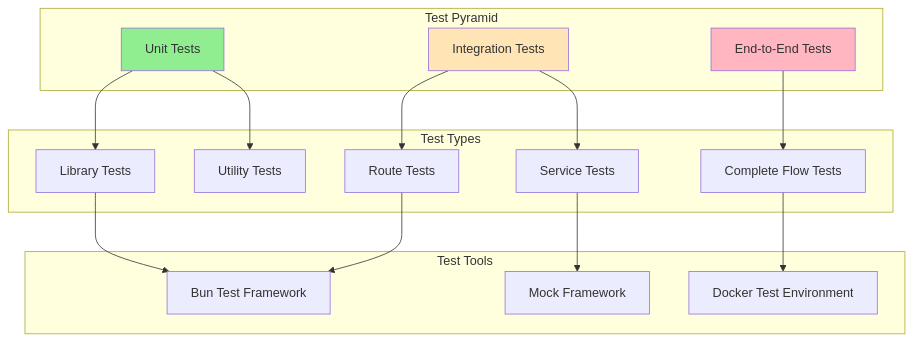
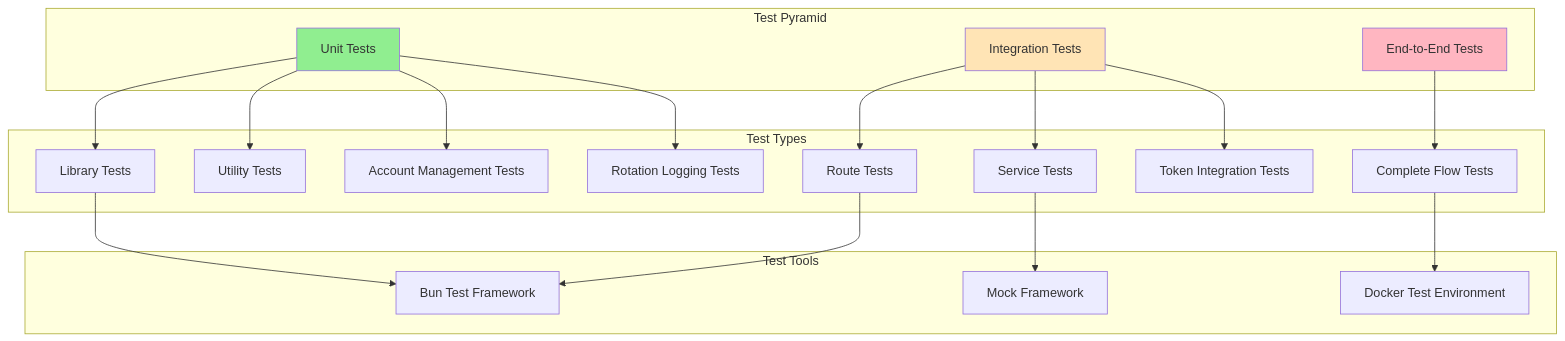
Before and after one commit to ekartashov/copilot-api: the sixth of 6 diagrams in docs/architecture.md, drawn with Mermaid. The commit also changed other lines of this file and 8 other files, not shown here.

````diff
--- a/docs/architecture.md
+++ b/docs/architecture.md
@@ -545,27 +737,30 @@
 ```mermaid
 graph TD
     subgraph "Test Pyramid"
         E2E[End-to-End Tests]
         Integration[Integration Tests]
         Unit[Unit Tests]
     end
 
     subgraph "Test Types"
         Unit --> LibTests[Library Tests]
         Unit --> UtilTests[Utility Tests]
+        Unit --> AccountTests[Account Management Tests]
+        Unit --> RotationTests[Rotation Logging Tests]
         Integration --> RouteTests[Route Tests]
         Integration --> ServiceTests[Service Tests]
+        Integration --> TokenTests[Token Integration Tests]
         E2E --> FlowTests[Complete Flow Tests]
     end
 
     subgraph "Test Tools"
         LibTests --> Bun[Bun Test Framework]
         RouteTests --> Bun
         ServiceTests --> Mocks[Mock Framework]
         FlowTests --> Docker[Docker Test Environment]
     end
 
     style Unit fill:#90EE90
     style Integration fill:#FFE4B5
     style E2E fill:#FFB6C1
 ```
````
